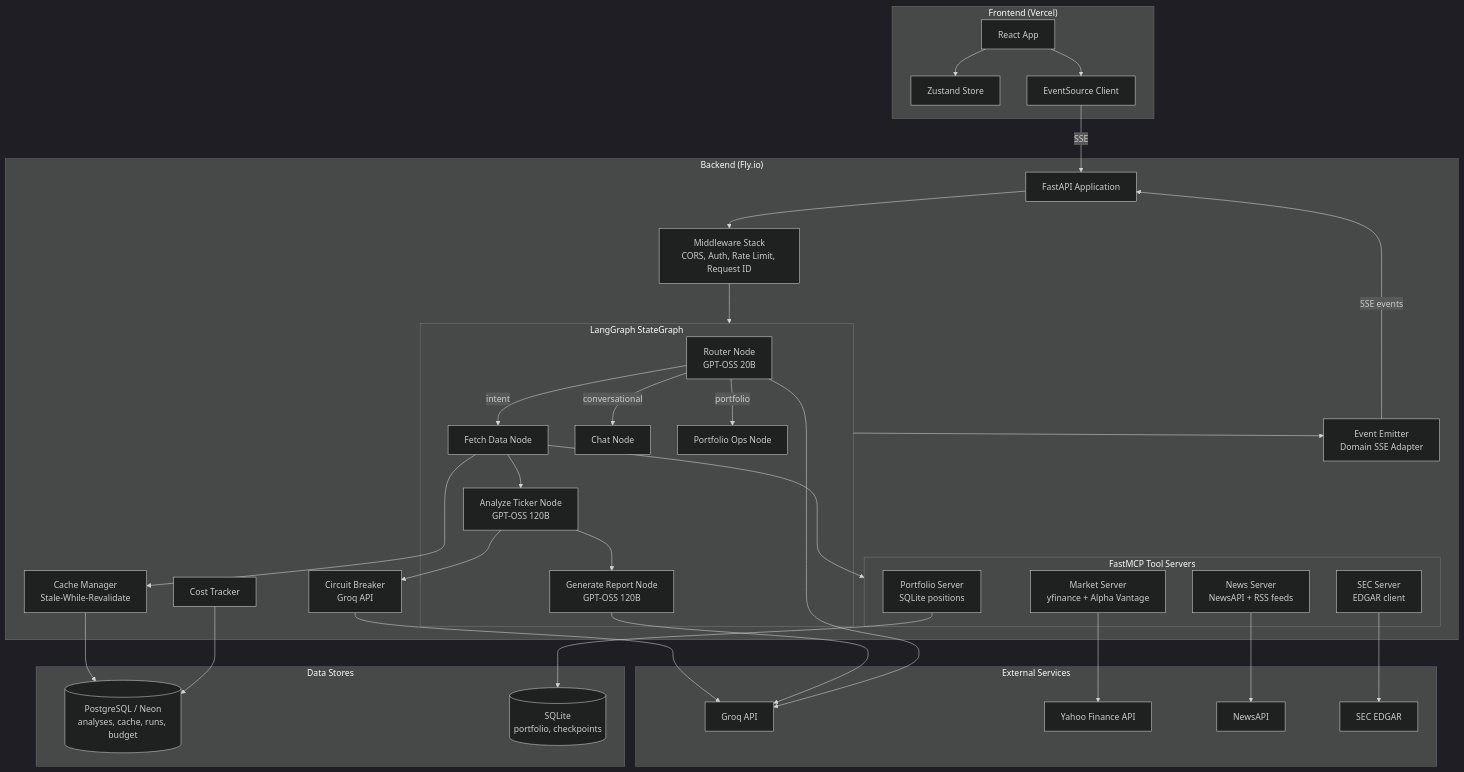
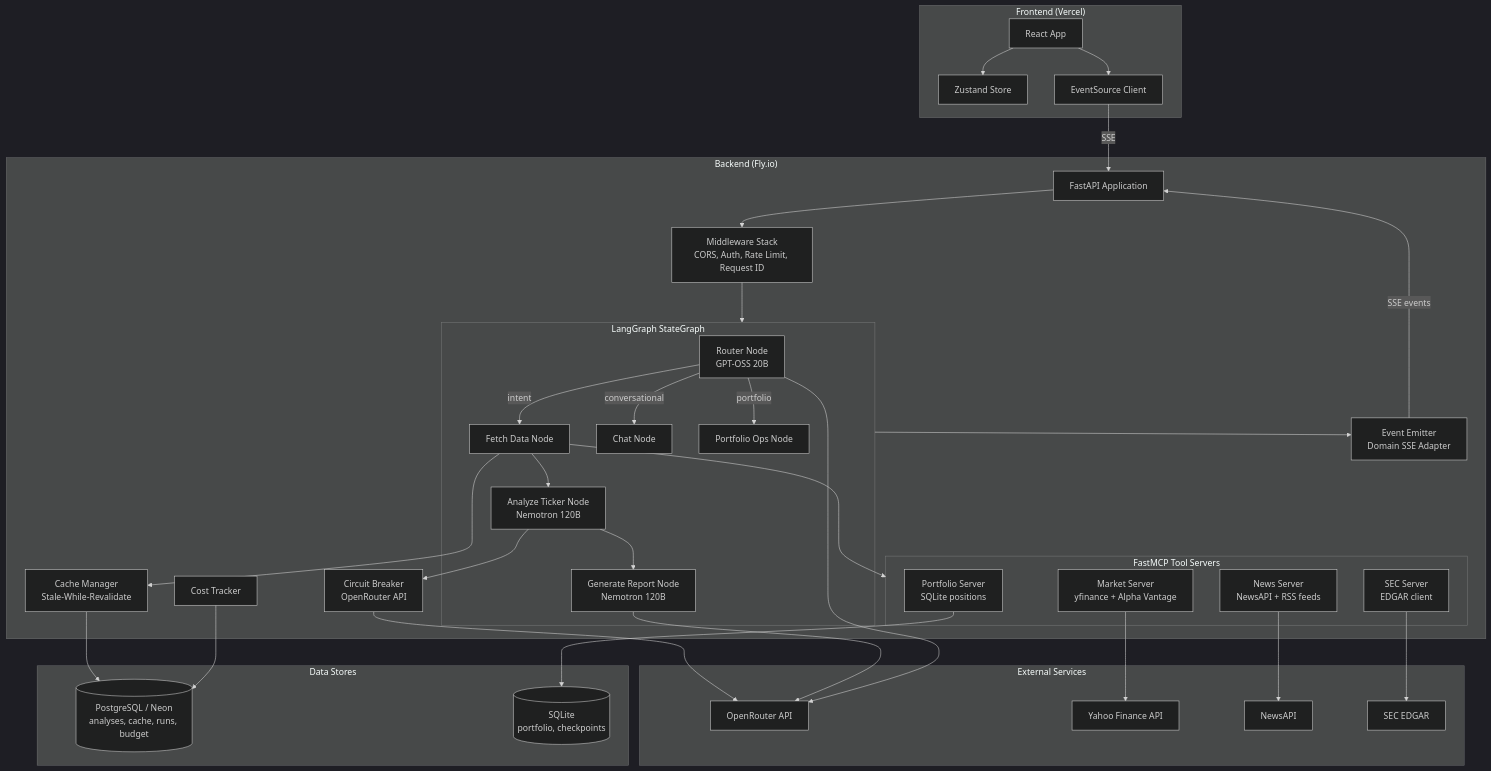
The third of 3 diagrams in docs/ARCHITECTURE.md (cl-xy/ai-investment-analyst), drawn with Mermaid (dark theme) before and after one commit. The commit also changed other lines of this file and 48 other files, not shown here.

````diff
--- a/docs/ARCHITECTURE.md
+++ b/docs/ARCHITECTURE.md
@@ -95,77 +95,77 @@
 ```mermaid
 graph TB
     subgraph Frontend ["Frontend (Vercel)"]
         React[React App]
         Zustand[Zustand Store]
         SSEClient[EventSource Client]
     end
 
     subgraph Backend ["Backend (Fly.io)"]
         FastAPI[FastAPI Application]
         Middleware[Middleware Stack<br/>CORS, Auth, Rate Limit, Request ID]
 
         subgraph Agent ["LangGraph StateGraph"]
             Router[Router Node<br/>GPT-OSS 20B]
             FetchData[Fetch Data Node]
-            Analyze[Analyze Ticker Node<br/>GPT-OSS 120B]
-            Report[Generate Report Node<br/>GPT-OSS 120B]
+            Analyze[Analyze Ticker Node<br/>Nemotron 120B]
+            Report[Generate Report Node<br/>Nemotron 120B]
             Chat[Chat Node]
             Portfolio[Portfolio Ops Node]
         end
 
         EventEmitter[Event Emitter<br/>Domain SSE Adapter]
         CostTracker[Cost Tracker]
         CacheManager[Cache Manager<br/>Stale-While-Revalidate]
-        CircuitBreaker[Circuit Breaker<br/>Groq API]
+        CircuitBreaker[Circuit Breaker<br/>OpenRouter API]
 
         subgraph MCP ["FastMCP Tool Servers"]
             Market[Market Server<br/>yfinance + Alpha Vantage]
             News[News Server<br/>NewsAPI + RSS feeds]
             SEC[SEC Server<br/>EDGAR client]
             PortfolioSrv[Portfolio Server<br/>SQLite positions]
         end
     end
 
     subgraph External ["External Services"]
-        Groq[Groq API]
+        OpenRouter[OpenRouter API]
         YFinance[Yahoo Finance API]
         NewsAPI[NewsAPI]
         EDGAR[SEC EDGAR]
     end
 
     subgraph Data ["Data Stores"]
         Postgres[(PostgreSQL / Neon<br/>analyses, cache, runs, budget)]
         SQLite[(SQLite<br/>portfolio, checkpoints)]
     end
 
     React --> SSEClient
     SSEClient -->|SSE| FastAPI
     React --> Zustand
 
     FastAPI --> Middleware
     Middleware --> Agent
     Agent --> EventEmitter
     EventEmitter -->|SSE events| FastAPI
 
     Router -->|intent| FetchData
     FetchData --> Analyze
     Analyze --> Report
     Router -->|conversational| Chat
     Router -->|portfolio| Portfolio
 
     FetchData --> CacheManager
     CacheManager --> Postgres
     FetchData --> MCP
 
     Analyze --> CircuitBreaker
-    CircuitBreaker --> Groq
-    Report --> Groq
-    Router --> Groq
+    CircuitBreaker --> OpenRouter
+    Report --> OpenRouter
+    Router --> OpenRouter
 
     Market --> YFinance
     News --> NewsAPI
     SEC --> EDGAR
     PortfolioSrv --> SQLite
 
     CostTracker --> Postgres
 ```
````
